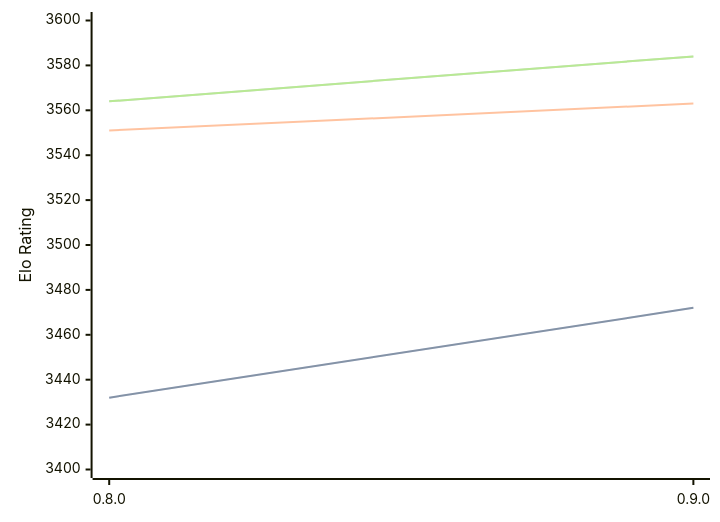
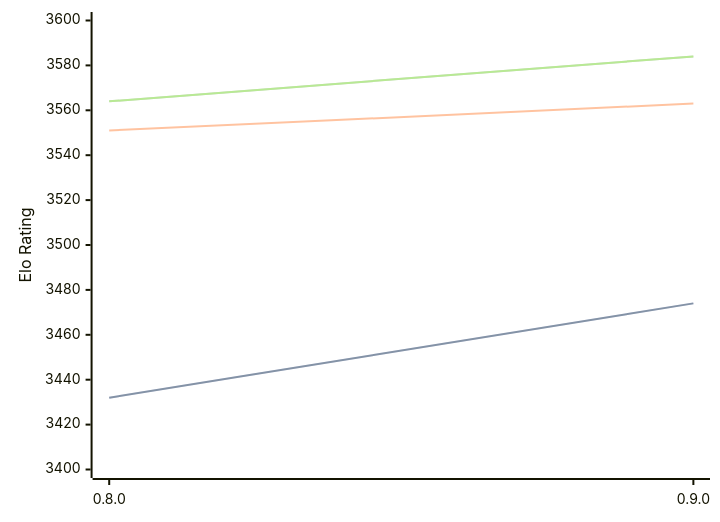
The diagram in engines/Reckless.md (computer-chess-index/cci), drawn with Mermaid before and after one commit. The commit also changed other lines of this file, not shown here.

````diff
--- a/engines/Reckless.md
+++ b/engines/Reckless.md
@@ -39,11 +39,11 @@
 ```mermaid
 %%{init: {"theme":"base","themeVariables":{"seriesColors:['#a3a3a3','#222221','#faa371']}}}%%
 xychart-beta
   x-axis ["0.8.0", "0.9.0"]
   y-axis "Elo Rating" 3400 --> 3600
-  line "STC (8.0+0.08s)" [3432, 3472]
-  line "STC (8.0+0.08s)" [3432, 3472]
+  line "STC (8.0+0.08s)" [3432, 3474]
+  line "STC (8.0+0.08s)" [3432, 3474]
   line "LTC (60.0+0.60s)" [3551, 3563]
   line "VLTC (2m24s+1.12s)" [3564, 3584]
   line "VLTC (2m24s+1.12s)" [3564, 3584]
 ```
````
